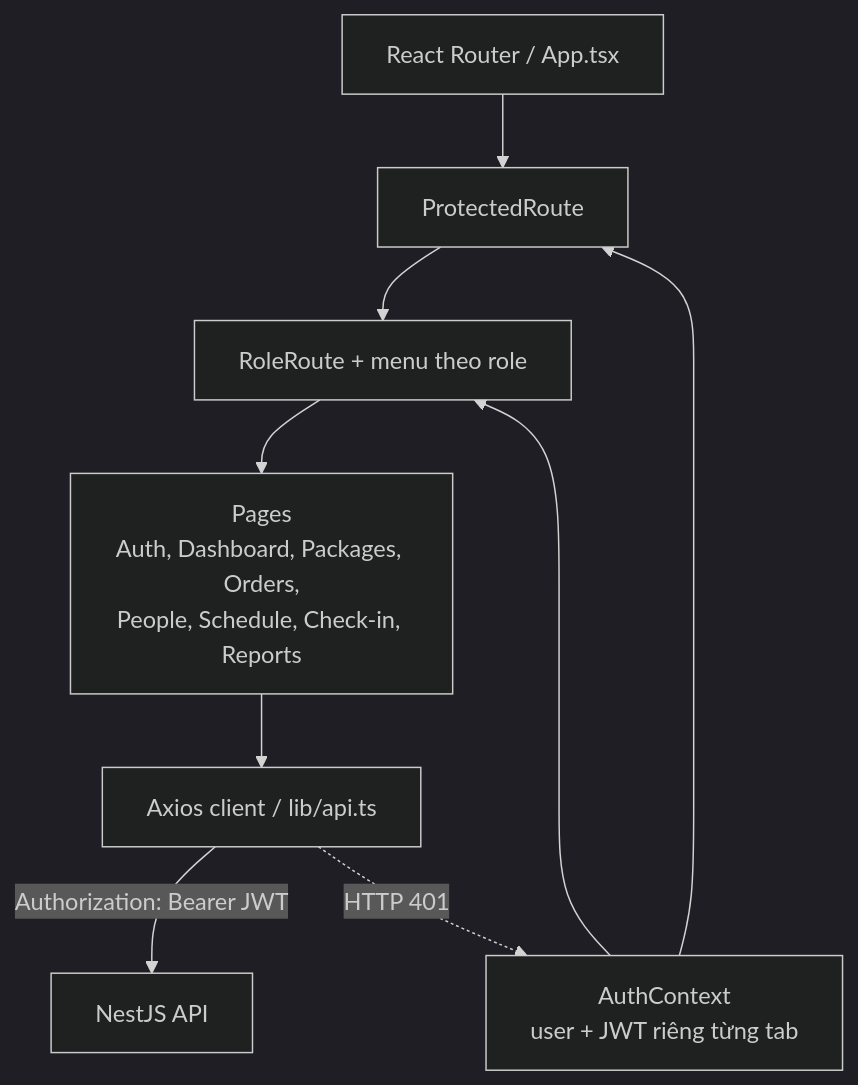
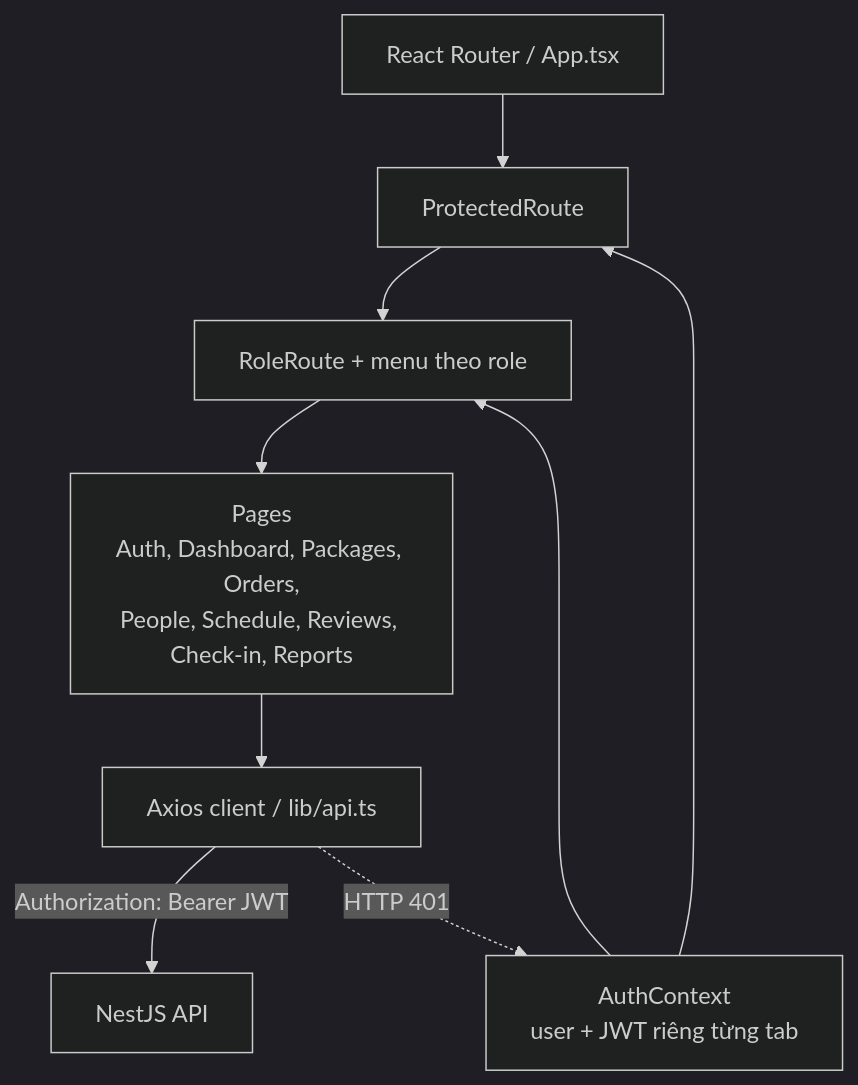
The fourth of 4 diagrams in docs/06-UML-Diagrams/Architecture.md (vhoanglong54/CNPM_GYM), drawn with Mermaid (dark theme) before and after one commit. The commit also changed other lines of this file and 11 other files, not shown here.

````diff
--- a/docs/06-UML-Diagrams/Architecture.md
+++ b/docs/06-UML-Diagrams/Architecture.md
@@ -117,17 +121,17 @@
 ```mermaid
 flowchart TB
   Router[React Router / App.tsx]
   Protected[ProtectedRoute]
   RoleRoute[RoleRoute + menu theo role]
-  Pages[Pages<br/>Auth, Dashboard, Packages, Orders,<br/>People, Schedule, Check-in, Reports]
+  Pages[Pages<br/>Auth, Dashboard, Packages, Orders,<br/>People, Schedule, Reviews, Check-in, Reports]
   AuthContext[AuthContext<br/>user + JWT riêng từng tab]
   Axios[Axios client / lib/api.ts]
   API[NestJS API]
 
   Router --> Protected --> RoleRoute --> Pages
   AuthContext --> Protected
   AuthContext --> RoleRoute
   Pages --> Axios
   Axios -->|Authorization: Bearer JWT| API
   Axios -. HTTP 401 .-> AuthContext
 ```
````
